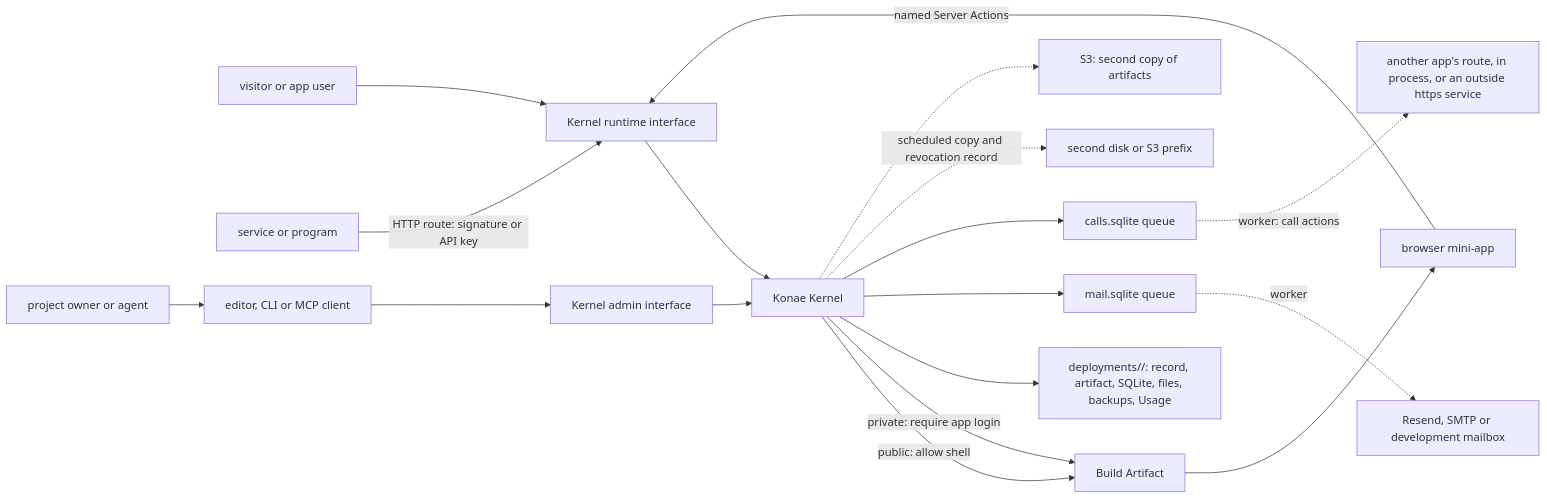
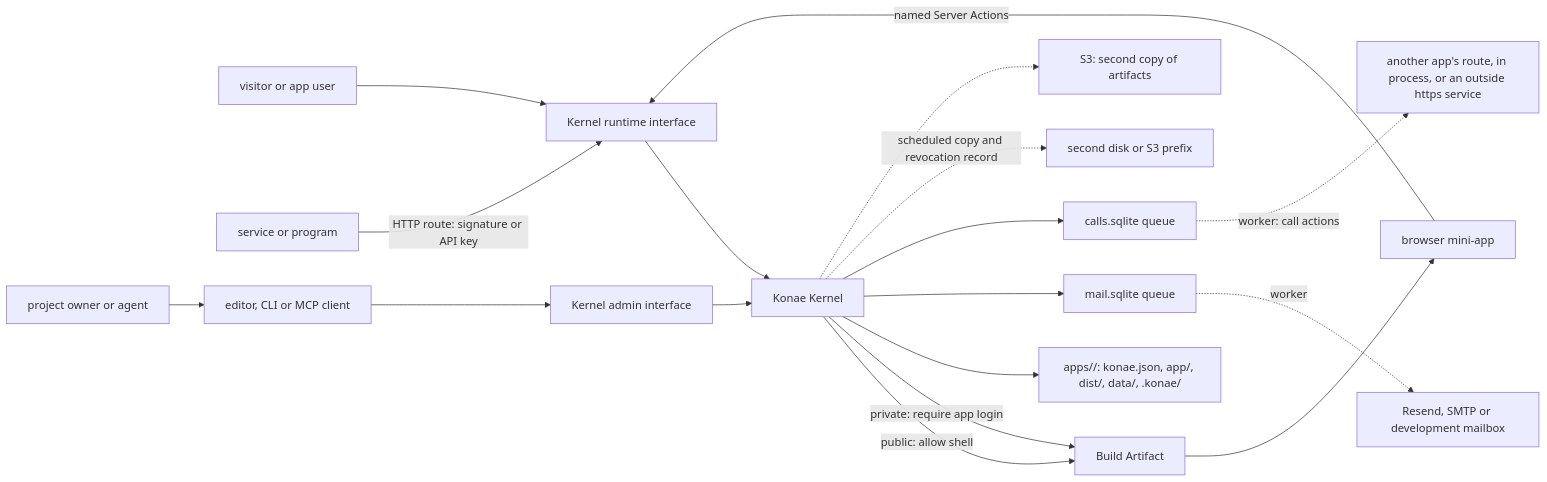
Before and after one commit to danibram/konae: the second of 2 diagrams in docs/architecture.md, drawn with Mermaid. The commit also changed other lines of this file and 27 other files, not shown here.

````diff
--- a/docs/architecture.md
+++ b/docs/architecture.md
@@ -48,20 +48,20 @@
 ```mermaid
 flowchart LR
   V["visitor or app user"] --> RI["Kernel runtime interface"]
   SV["service or program"] -->|"HTTP route: signature or API key"| RI
   RI --> K["Konae Kernel"]
   K -->|"public: allow shell"| C["Build Artifact"]
   K -->|"private: require app login"| C
   C --> B["browser mini-app"]
   B -->|"named Server Actions"| RI
-  K --> DB["deployments/<id>/: record, artifact, SQLite, files, backups, Usage"]
+  K --> DB["apps/<id>/: konae.json, app/, dist/, data/, .konae/"]
   K --> MQ["mail.sqlite queue"]
   MQ -.->|"worker"| MP["Resend, SMTP or development mailbox"]
   K --> CQ["calls.sqlite queue"]
   CQ -.->|"worker: call actions"| OS["another app's route, in process, or an outside https service"]
   K -.->|"scheduled copy and revocation record"| CP["second disk or S3 prefix"]
   K -.-> S3["S3: second copy of artifacts"]
   O["project owner or agent"] --> E["editor, CLI or MCP client"]
   E --> AI["Kernel admin interface"]
   AI --> K
 ```
````
